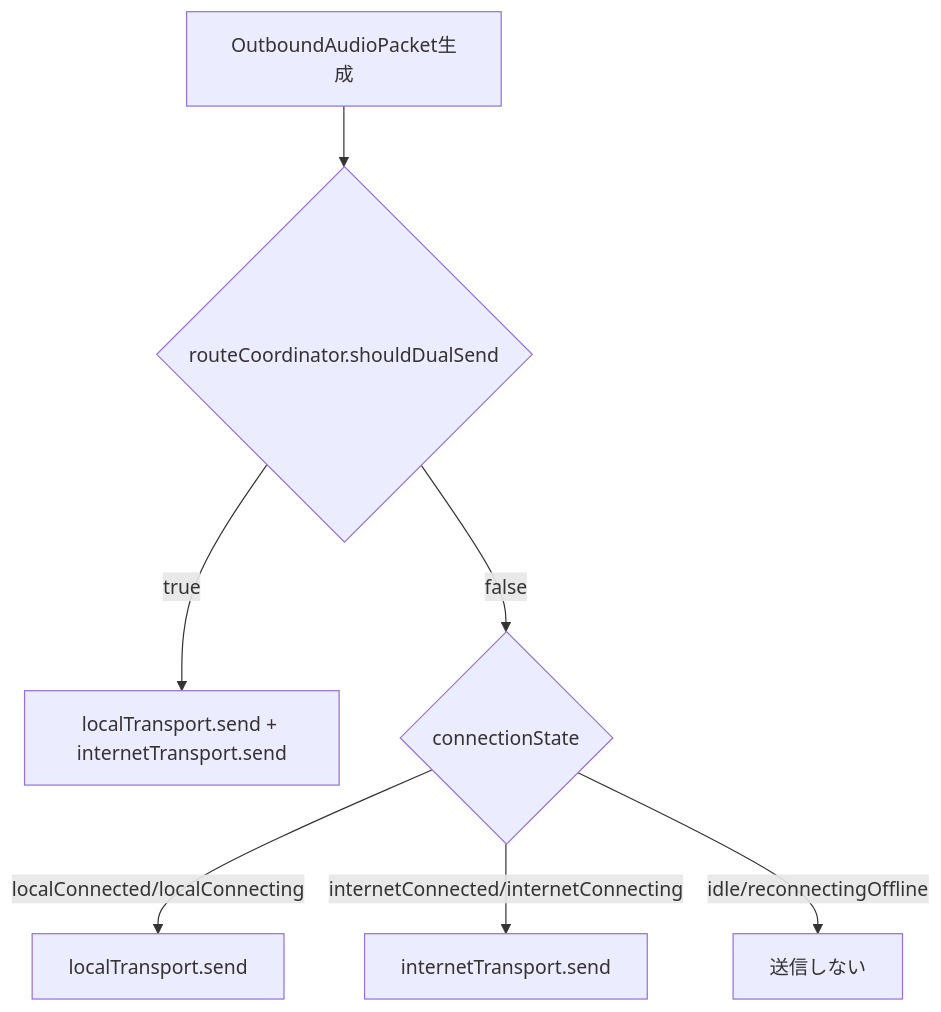
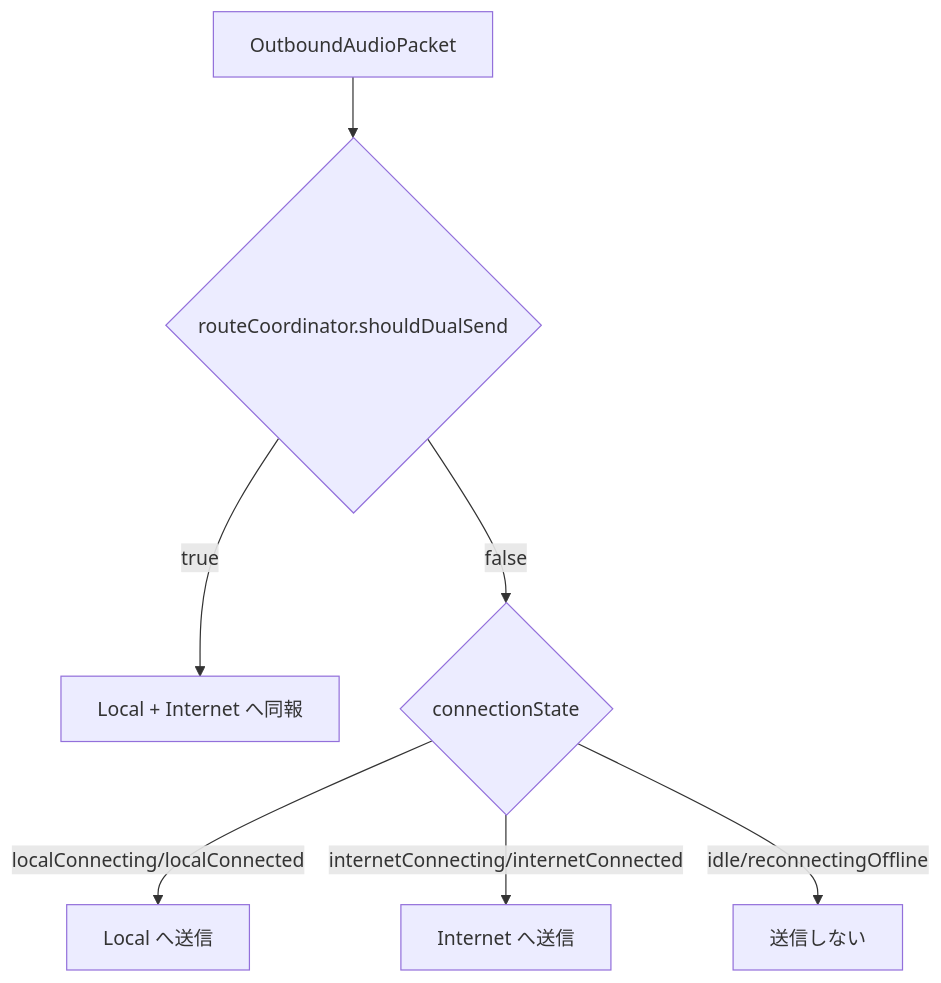
Before and after one commit to eroccowaruico/RideIntercom: the diagram in docs/spec/通信仕様.md, drawn with Mermaid. The commit also changed other lines of this file and 7 other files, not shown here.

````diff
--- a/docs/spec/通信仕様.md
+++ b/docs/spec/通信仕様.md
@@ -69,9 +85,9 @@
 ```mermaid
 flowchart TD
-	P[OutboundAudioPacket生成] --> Q{routeCoordinator.shouldDualSend}
-	Q -- true --> R[localTransport.send + internetTransport.send]
-	Q -- false --> S{connectionState}
-	S -- localConnected/localConnecting --> T[localTransport.send]
-	S -- internetConnected/internetConnecting --> U[internetTransport.send]
-	S -- idle/reconnectingOffline --> V[送信しない]
+    A[OutboundAudioPacket] --> B{routeCoordinator.shouldDualSend}
+    B -- true --> C[Local + Internet へ同報]
+    B -- false --> D{connectionState}
+    D -- localConnecting/localConnected --> E[Local へ送信]
+    D -- internetConnecting/internetConnected --> F[Internet へ送信]
+    D -- idle/reconnectingOffline --> G[送信しない]
 ```
````
